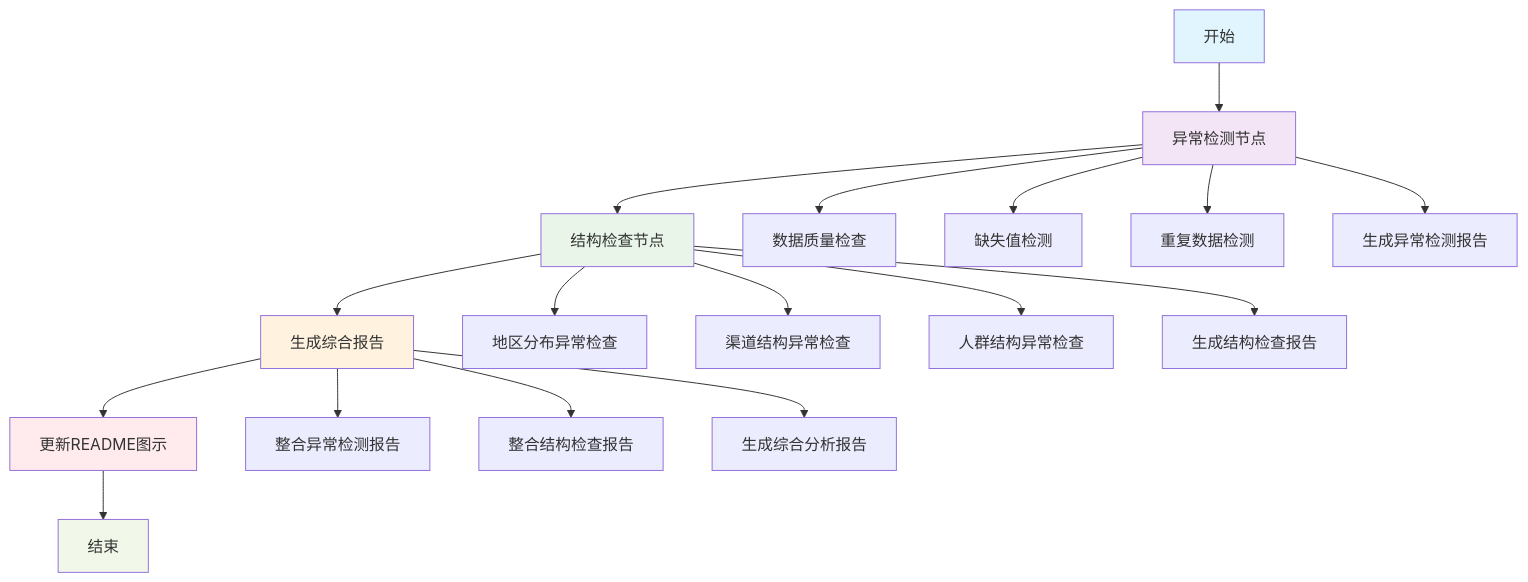
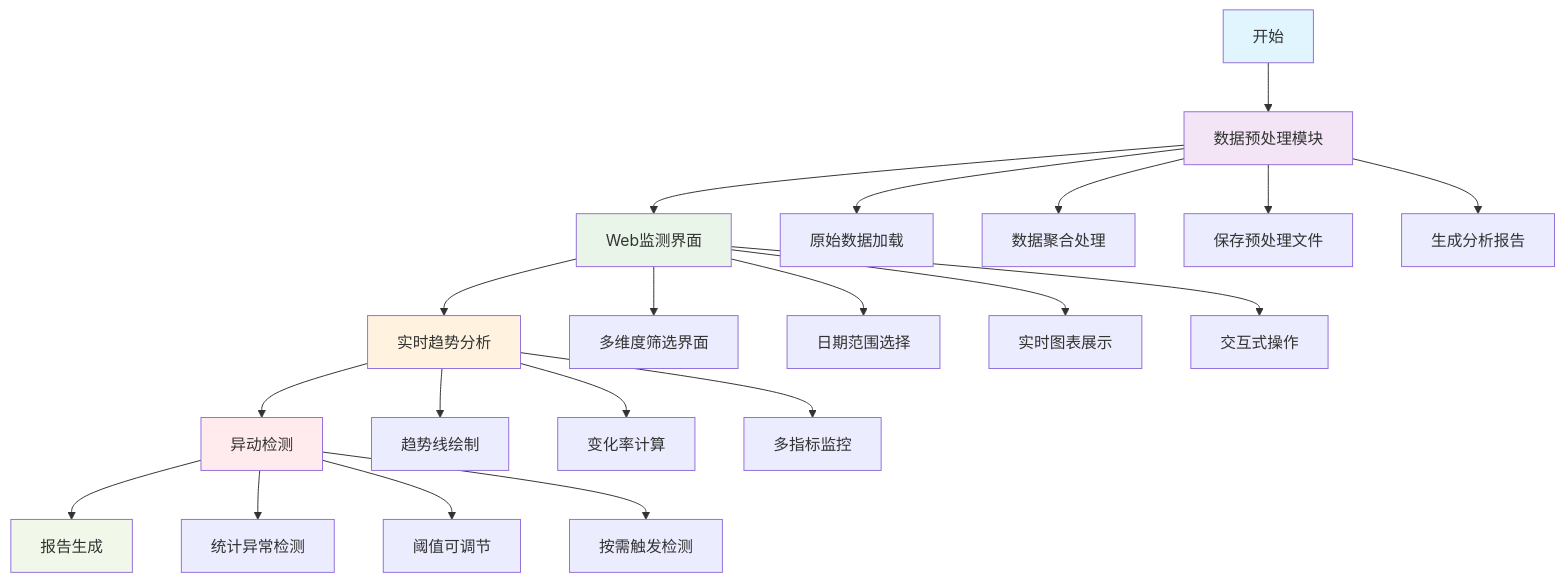
The diagram in README.md (zhangzihaoDT/workflow), drawn with Mermaid before and after one commit. The commit also changed other lines of this file and 7 other files, not shown here.

````diff
--- a/README.md
+++ b/README.md
@@ -5,29 +5,33 @@
 ```mermaid
 flowchart TD
-    A[开始] --> B[异常检测节点]
-    B --> C[结构检查节点]
-    C --> D[生成综合报告]
-    D --> E[更新README图示]
-    E --> F[结束]
+    A[开始] --> B[数据预处理模块]
+    B --> C[Web监测界面]
+    C --> D[实时趋势分析]
+    D --> E[异动检测]
+    E --> F[报告生成]
     
-    B --> B1[数据质量检查]
-    B --> B2[缺失值检测]
-    B --> B3[重复数据检测]
-    B --> B4[生成异常检测报告]
+    B --> B1[原始数据加载]
+    B --> B2[数据聚合处理]
+    B --> B3[保存预处理文件]
+    B --> B4[生成分析报告]
     
-    C --> C1[地区分布异常检查]
-    C --> C2[渠道结构异常检查]
-    C --> C3[人群结构异常检查]
-    C --> C4[生成结构检查报告]
+    C --> C1[多维度筛选界面]
+    C --> C2[日期范围选择]
+    C --> C3[实时图表展示]
+    C --> C4[交互式操作]
     
-    D --> D1[整合异常检测报告]
-    D --> D2[整合结构检查报告]
-    D --> D3[生成综合分析报告]
+    D --> D1[趋势线绘制]
+    D --> D2[变化率计算]
+    D --> D3[多指标监控]
+    
+    E --> E1[统计异常检测]
+    E --> E2[阈值可调节]
+    E --> E3[按需触发检测]
     
     style A fill:#e1f5fe
     style B fill:#f3e5f5
     style C fill:#e8f5e8
     style D fill:#fff3e0
     style E fill:#ffebee
     style F fill:#f1f8e9
 ```
````
